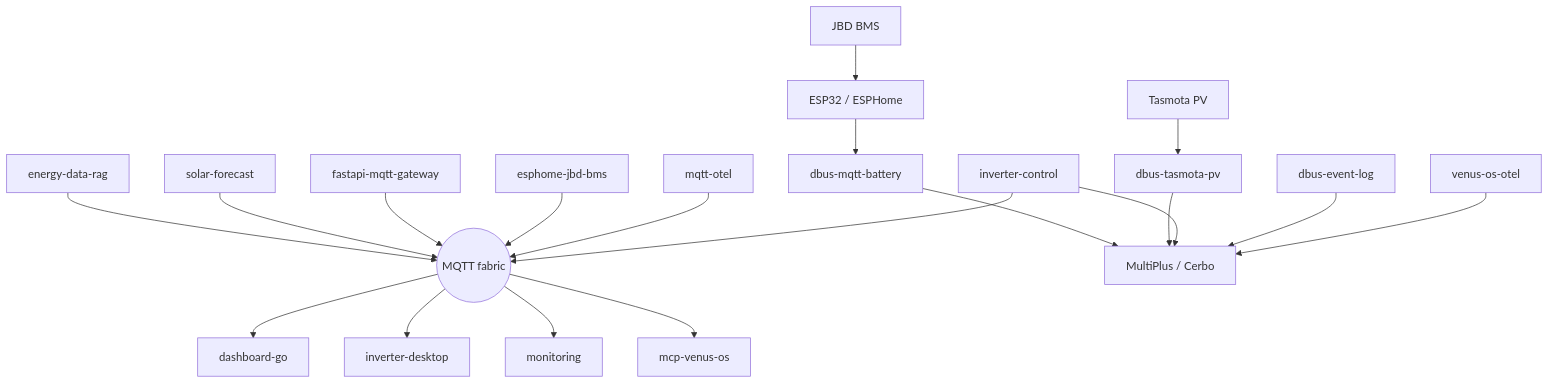
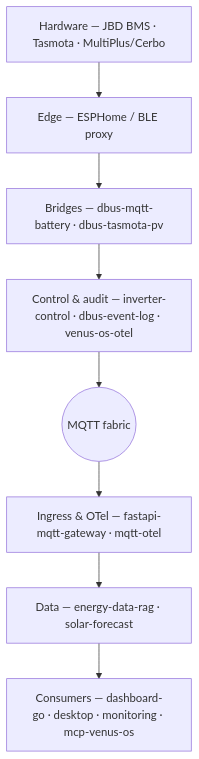
Before and after one commit to 4alvit/4alvit: the diagram in README.md, drawn with Mermaid. The commit also changed other lines of this file, not shown here.

Commit message:
docs: force architecture mermaid into a single vertical chain

````diff
--- a/README.md
+++ b/README.md
@@ -28,24 +28,13 @@
 ```mermaid
 flowchart TB
-  RAG[energy-data-rag] --> MQTT
-  SF[solar-forecast] --> MQTT
-  FG[fastapi-mqtt-gateway] --> MQTT
-  ESPH[esphome-jbd-bms] --> MQTT
-  MO[mqtt-otel] --> MQTT
+  HW["Hardware — JBD BMS · Tasmota · MultiPlus/Cerbo"]
+  EDGE["Edge — ESPHome / BLE proxy"]
+  BR["Bridges — dbus-mqtt-battery · dbus-tasmota-pv"]
+  CTL["Control & audit — inverter-control · dbus-event-log · venus-os-otel"]
+  BUS(("MQTT fabric"))
+  GW["Ingress & OTel — fastapi-mqtt-gateway · mqtt-otel"]
+  DATA["Data — energy-data-rag · solar-forecast"]
+  UI["Consumers — dashboard-go · desktop · monitoring · mcp-venus-os"]
 
-  BMS[JBD BMS] --> ESP[ESP32 / ESPHome]
-  ESP --> BM[dbus-mqtt-battery]
-  TP[Tasmota PV] --> TV[dbus-tasmota-pv]
-  BM --> VIC[MultiPlus / Cerbo]
-  TV --> VIC
-  IC[inverter-control] --> VIC
-  EL[dbus-event-log] --> VIC
-  OBS[venus-os-otel] --> VIC
-  IC --> MQTT
-
-  MQTT((MQTT fabric))
-  MQTT --> DGO[dashboard-go]
-  MQTT --> DT[inverter-desktop]
-  MQTT --> MON[monitoring]
-  MQTT --> MCP[mcp-venus-os]
+  HW --> EDGE --> BR --> CTL --> BUS --> GW --> DATA --> UI
 ```
````
